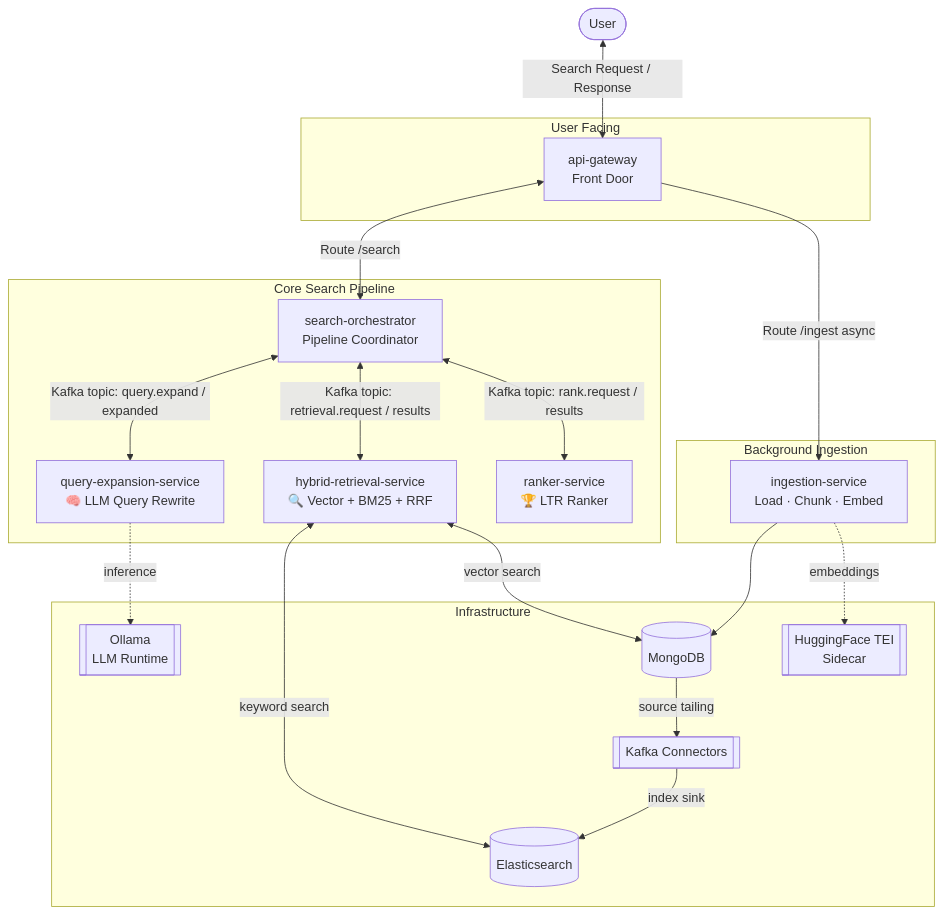
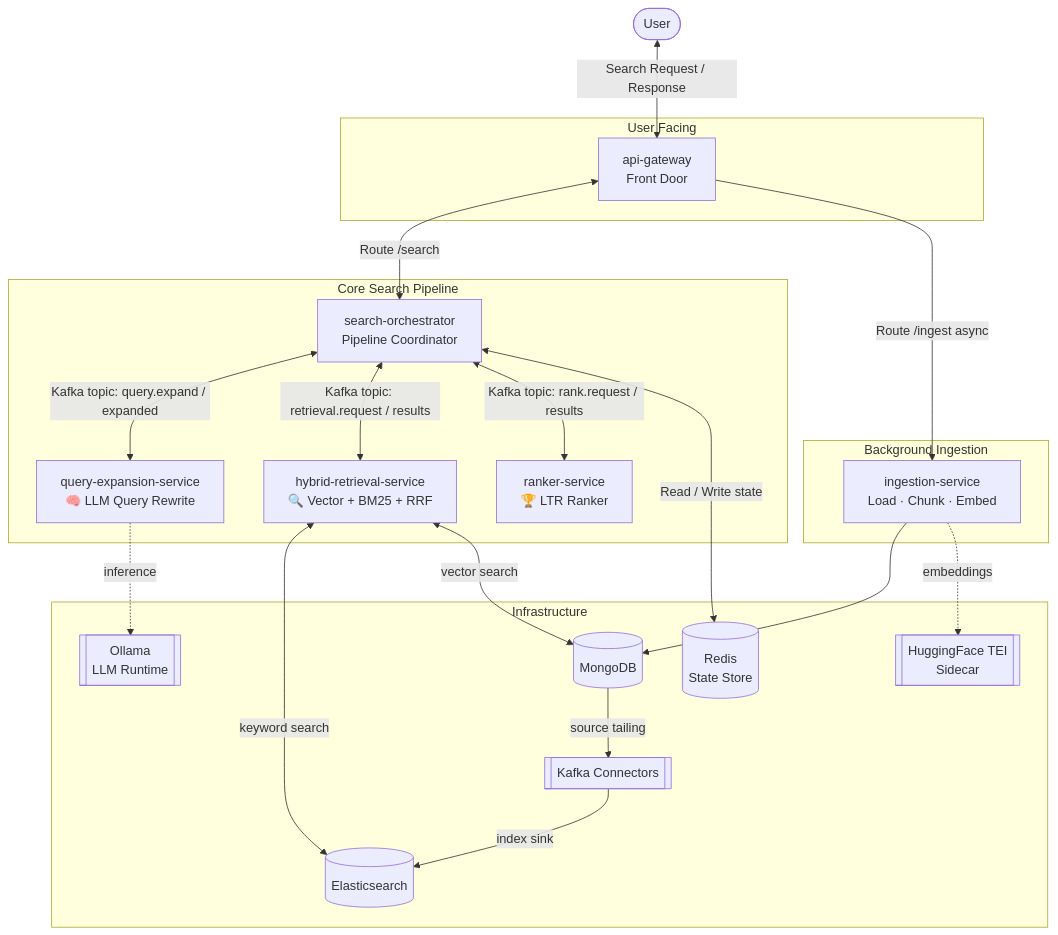
Before and after one commit to Peqchji/spring-ai-search-engine: the first of 2 diagrams in README.md, drawn with Mermaid. The commit also changed other lines of this file and 2 other files, not shown here.

Commit message:
feat(infra): Add Redis to search-orchestrator architecture
- Add Redis container to docker-compose.yml

- Update README.md and AGENTIC.md to reflect Redis state store replacing ConcurrentHashMap

````diff
--- a/README.md
+++ b/README.md
@@ -25,46 +25,48 @@
 ```mermaid
 flowchart TD
     U([User])
 
     subgraph User Facing
         GW[api-gateway<br>Front Door]
     end
     
     subgraph Core Search Pipeline
         ORCH[search-orchestrator<br>Pipeline Coordinator]
         QE[query-expansion-service<br>🧠 LLM Query Rewrite]
         HR[hybrid-retrieval-service<br>🔍 Vector + BM25 + RRF]
         RANK[ranker-service<br>🏆 LTR Ranker]
     end
 
     subgraph Background Ingestion
         IS[ingestion-service<br>Load · Chunk · Embed]
     end
 
     subgraph Infrastructure
         MDB[(MongoDB)]
         ES[(Elasticsearch)]
         OL[[Ollama<br>LLM Runtime]]
         TEI[[HuggingFace TEI<br>Sidecar]]
         K[[Kafka Connectors]]
+        REDIS[(Redis<br>State Store)]
     end
 
     U <-->|Search Request / Response| GW
 
     GW <-->|Route /search| ORCH
     GW -->|Route /ingest async| IS
 
     ORCH <-->|Kafka topic: query.expand / expanded| QE
     QE -.->|inference| OL
     
     ORCH <-->|Kafka topic: retrieval.request / results| HR
     HR <-->|keyword search| ES
     HR <-->|vector search| MDB
     
     ORCH <-->|Kafka topic: rank.request / results| RANK
+    ORCH <-->|Read / Write state| REDIS
 
     IS --> MDB
     IS -.->|embeddings| TEI
     MDB -->|source tailing| K
     K -->|index sink| ES
 ```
````
